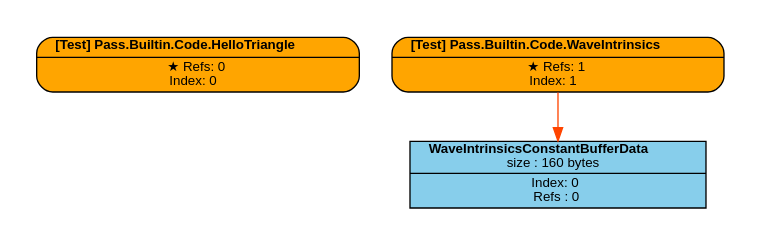
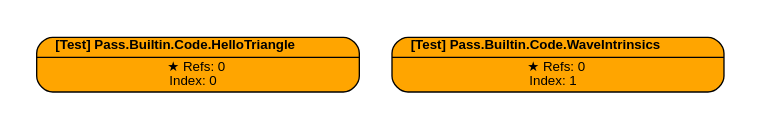
Before and after one commit to Pikachuxxxx/Razix: the diagram in Engine/content/FrameGraphs/data_driven_editor_test.dot, drawn with Graphviz. The commit also changed 4 other files, not shown here.

Commit message:
Added WaveIntrinsics test for both APIs it's all good

```diff
--- a/Engine/content/FrameGraphs/data_driven_editor_test.dot
+++ b/Engine/content/FrameGraphs/data_driven_editor_test.dot
@@ -1,27 +1,25 @@
 digraph FrameGraph {
 graph [style=invis, rankdir="TB" ordering=out, splines=spline]
 node [shape=record, fontname="helvetica", fontsize=10, margin="0.2,0.03"]
 
 P0 [label=<{ {<B>[Test] Pass.Builtin.Code.HelloTriangle</B>} | {&#x2605; Refs: 0<BR/> Index: 0} }> style="rounded,filled", fillcolor=orange]
-P1 [label=<{ {<B>[Test] Pass.Builtin.Code.WaveIntrinsics</B>} | {&#x2605; Refs: 1<BR/> Index: 1} }> style="rounded,filled", fillcolor=orange]
+P1 [label=<{ {<B>[Test] Pass.Builtin.Code.WaveIntrinsics</B>} | {&#x2605; Refs: 0<BR/> Index: 1} }> style="rounded,filled", fillcolor=orange]
 
-R0_1 [label=<{ {<B>WaveIntrinsicsConstantBufferData</B><BR/>size : 160 bytes} | {Index: 0<BR/>Refs : 0} }> style=filled, fillcolor=skyblue]
 
 P0 -> { } [color=orangered]
-P1 -> { R0_1 } [color=orangered]
+P1 -> { } [color=orangered]
 
-R0_1 -> { } [color=olivedrab3]
 
 subgraph cluster_0 {
 P0 
 }
 subgraph cluster_1 {
-P1 R0_1 
+P1 
 }
 
 subgraph cluster_imported_resources {
 graph [style=dotted, fontname="helvetica", label=< <B>Imported</B> >]
 
 }
 
 }
```
